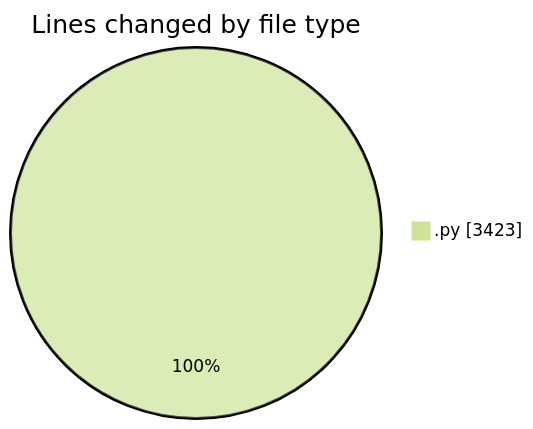
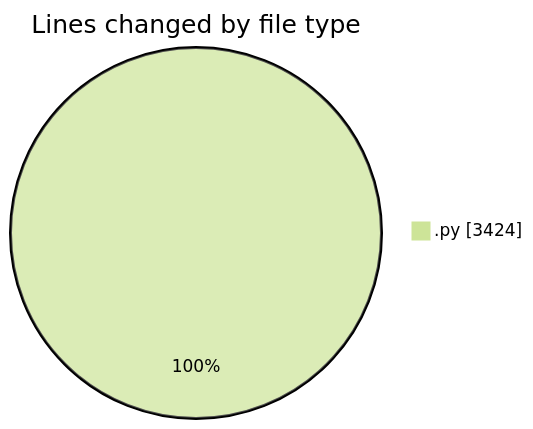
One commit to MatusMokan/code-tracking changed the first of 2 diagrams in 2025-05-08/myws__workspace_/README.md. Above: the diagram before and after it, drawn with Mermaid (forest theme). The commit also changed other lines of this file and 1 other file, not shown here.

````diff
--- a/2025-05-08/myws__workspace_/README.md
+++ b/2025-05-08/myws__workspace_/README.md
@@ -23,5 +23,5 @@
 ```mermaid
 pie showData
 title Lines changed by file type
-".py" : 3423
+".py" : 3424
 ```
````
